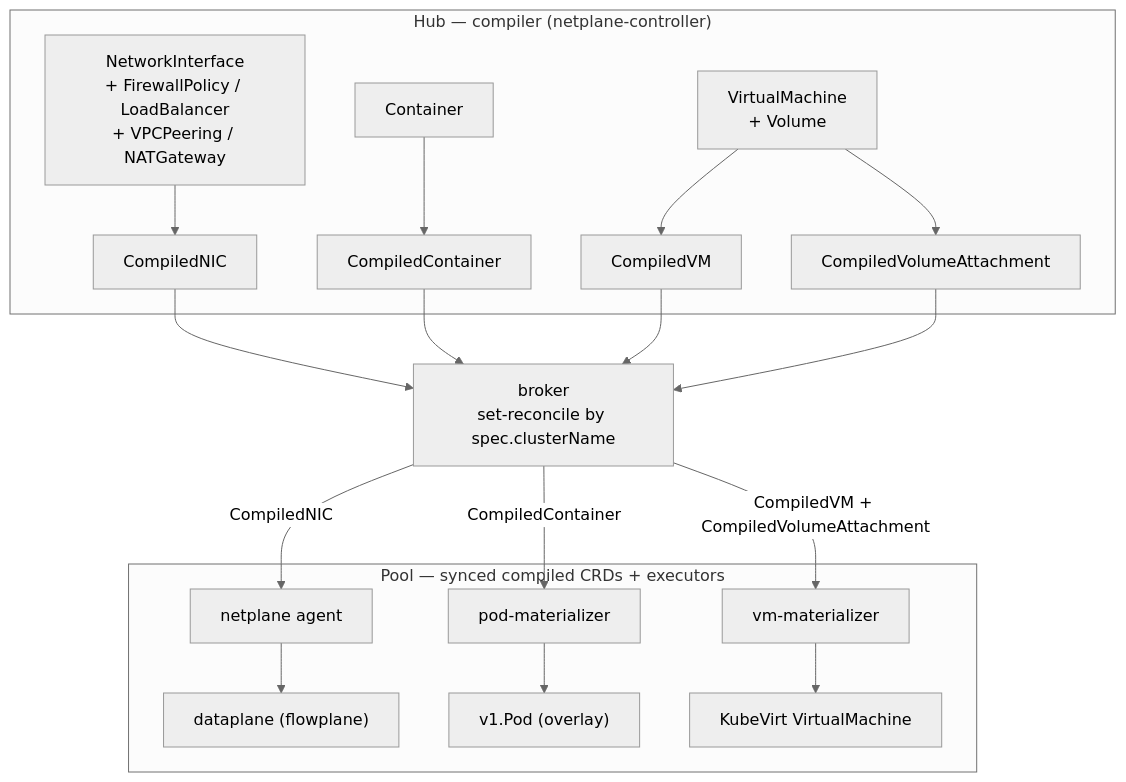
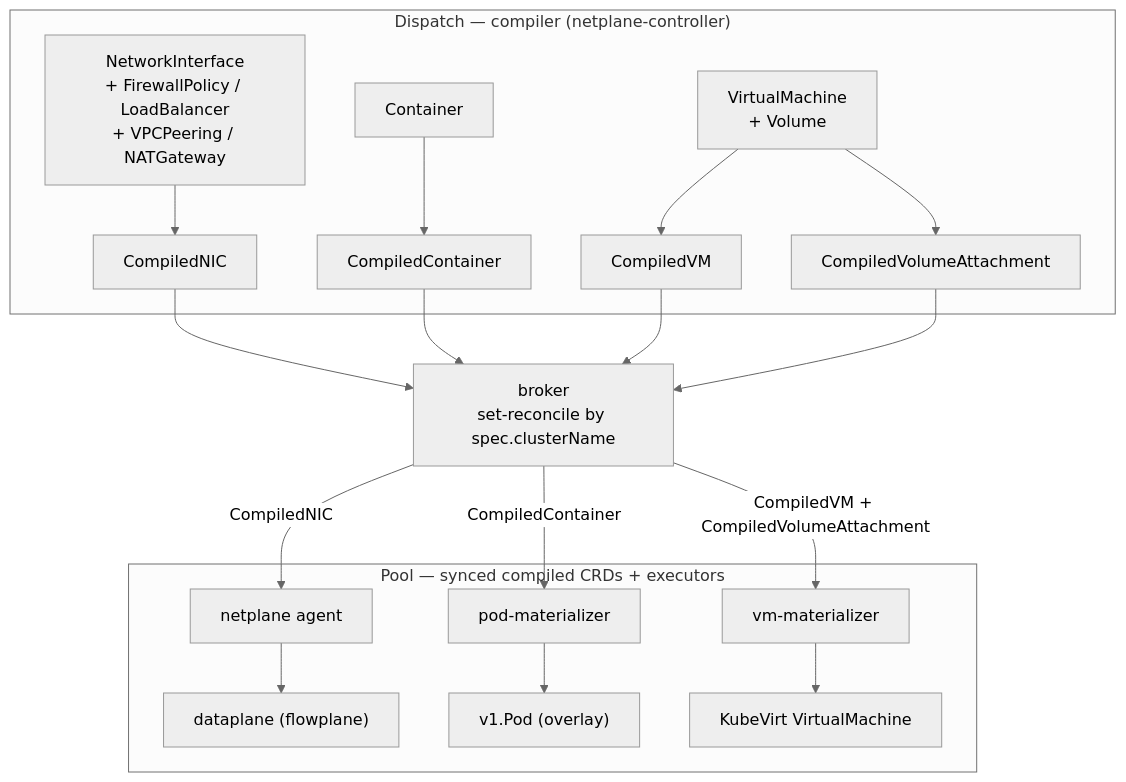
Before and after one commit to trevex/ectobase: the diagram in docs/architecture/compile-sync-materialize.md, drawn with Mermaid (neutral theme). The commit also changed other lines of this file and 490 other files, not shown here.

First line of the commit message:
refactor: rename subproject hub -> dispatch

````diff
--- a/docs/architecture/compile-sync-materialize.md
+++ b/docs/architecture/compile-sync-materialize.md
@@ -168,38 +168,38 @@
 ```mermaid
 flowchart TB
-    subgraph hubbox["Hub — compiler (netplane-controller)"]
+    subgraph hubbox["Dispatch — compiler (netplane-controller)"]
         nic["NetworkInterface<br/>+ FirewallPolicy / LoadBalancer<br/>+ VPCPeering / NATGateway"]
         ctr["Container"]
         vm["VirtualMachine<br/>+ Volume"]
         cnic["CompiledNIC"]
         ccont["CompiledContainer"]
         cvm["CompiledVM"]
         catt["CompiledVolumeAttachment"]
         nic --> cnic
         ctr --> ccont
         vm --> cvm
         vm --> catt
     end
 
     broker["broker<br/>set-reconcile by spec.clusterName"]
     cnic --> broker
     ccont --> broker
     cvm --> broker
     catt --> broker
 
     subgraph poolbox["Pool — synced compiled CRDs + executors"]
         agent["netplane agent"]
         dp["dataplane (flowplane)"]
         podmat["pod-materializer"]
         vmmat["vm-materializer"]
         pod["v1.Pod (overlay)"]
         kvm["KubeVirt VirtualMachine"]
         agent --> dp
         podmat --> pod
         vmmat --> kvm
     end
 
     broker -->|CompiledNIC| agent
     broker -->|CompiledContainer| podmat
     broker -->|"CompiledVM + CompiledVolumeAttachment"| vmmat
 ```
````
